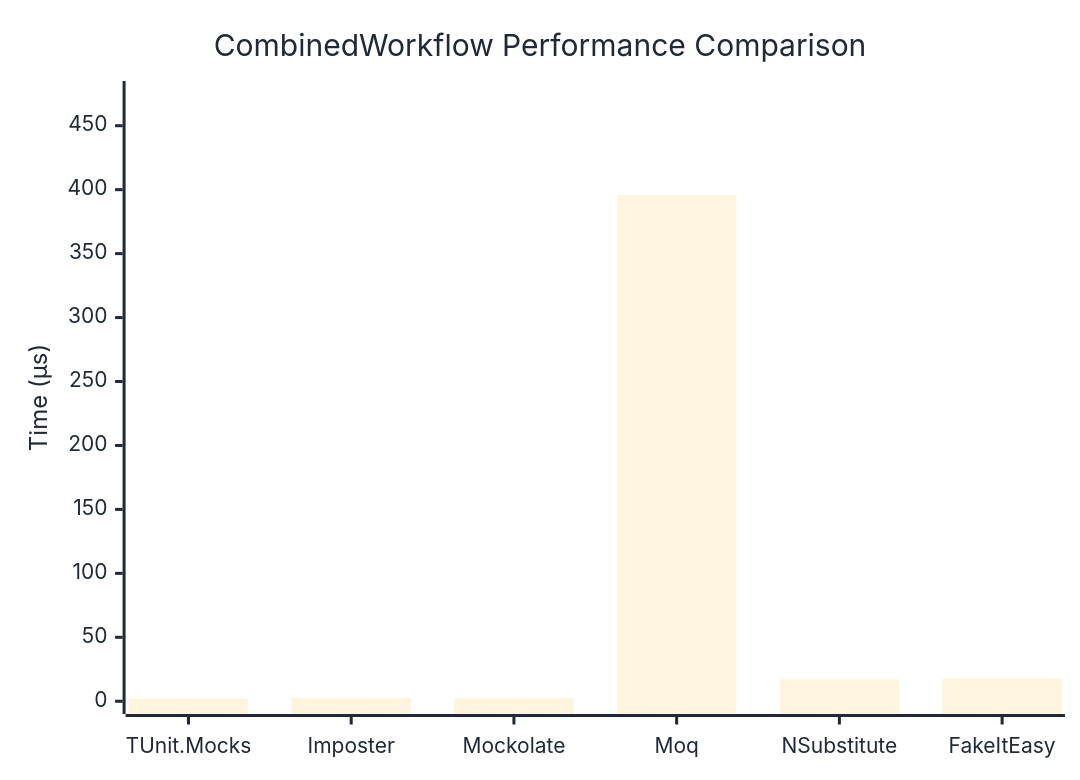
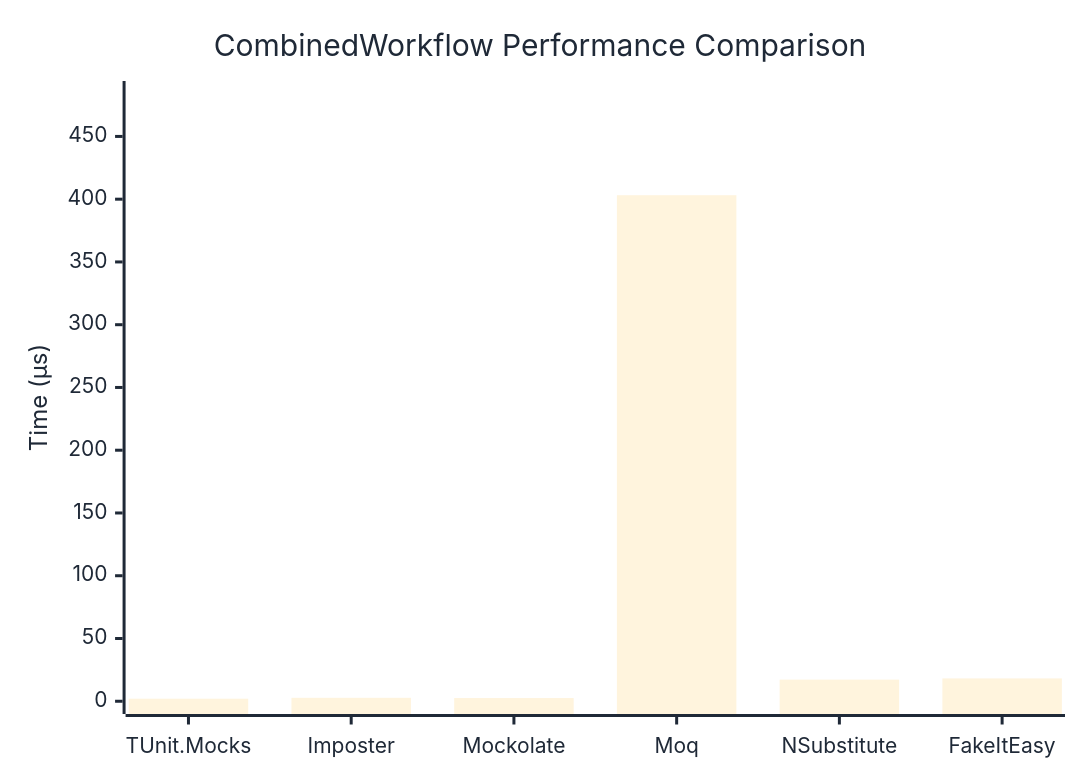
The diagram in docs/docs/benchmarks/mocks/CombinedWorkflow.md (thomhurst/TUnit), drawn with Mermaid before and after one commit. The commit also changed other lines of this file and 14 other files, not shown here.

````diff
--- a/docs/docs/benchmarks/mocks/CombinedWorkflow.md
+++ b/docs/docs/benchmarks/mocks/CombinedWorkflow.md
@@ -28,27 +28,27 @@
 ```mermaid
 %%{init: {
   'theme':'base',
   'themeVariables': {
     'primaryColor': '#2563eb',
     'primaryTextColor': '#1f2937',
     'primaryBorderColor': '#1e40af',
     'lineColor': '#6b7280',
     'secondaryColor': '#7c3aed',
     'tertiaryColor': '#dc2626',
     'background': '#ffffff',
     'pie1': '#2563eb',
     'pie2': '#7c3aed',
     'pie3': '#dc2626',
     'pie4': '#f59e0b',
     'pie5': '#10b981',
     'pie6': '#06b6d4',
     'pie7': '#ec4899',
     'pie8': '#6366f1'
   }
 }}%%
 xychart-beta
   title "CombinedWorkflow Performance Comparison"
   x-axis ["TUnit.Mocks", "Imposter", "Mockolate", "Moq", "NSubstitute", "FakeItEasy"]
-  y-axis "Time (μs)" 0 --> 475
-  bar [2.064, 2.503, 2.459, 395.825, 17.125, 17.713]
+  y-axis "Time (μs)" 0 --> 484
+  bar [2.035, 2.746, 2.562, 403.167, 17.244, 18.2]
 ```
````
